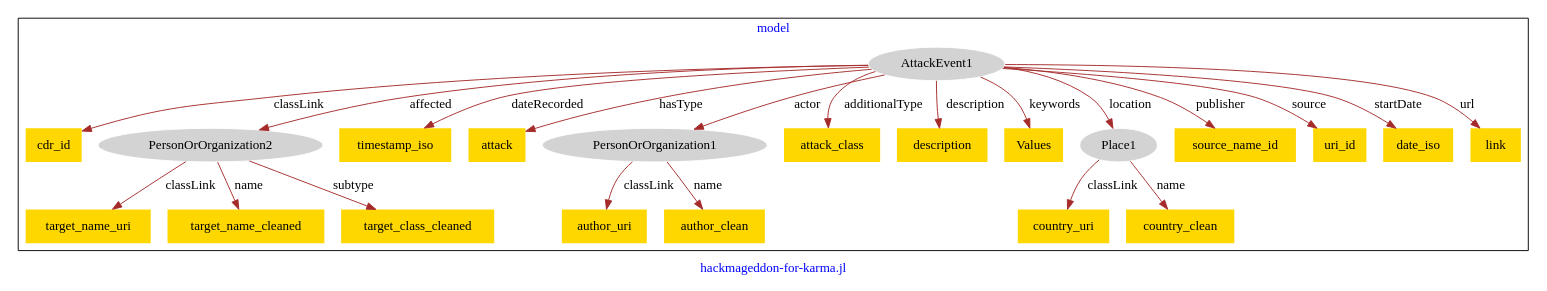
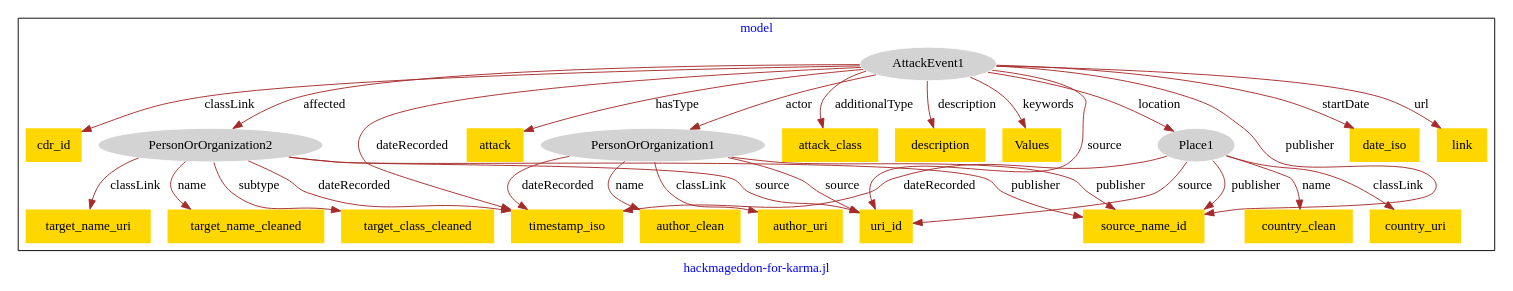
One commit to usc-isi-i2/effect-alignment changed the diagram in models/hackmageddon/hackmageddon-model.dot. Above: the diagram before and after it, drawn with Graphviz.

Commit message:
Update file hackmageddon-model.dot

```diff
--- a/models/hackmageddon/hackmageddon-model.dot
+++ b/models/hackmageddon/hackmageddon-model.dot
@@ -1,49 +1,58 @@
 digraph n0 {
 fontcolor="blue"
 remincross="true"
 label="hackmageddon-for-karma.jl"
 subgraph cluster {
 label="model"
 n2[style="filled",color="white",fillcolor="lightgray",label="AttackEvent1"];
 n3[shape="plaintext",style="filled",fillcolor="gold",label="cdr_id"];
 n4[style="filled",color="white",fillcolor="lightgray",label="PersonOrOrganization2"];
 n5[shape="plaintext",style="filled",fillcolor="gold",label="timestamp_iso"];
 n6[shape="plaintext",style="filled",fillcolor="gold",label="attack"];
 n7[style="filled",color="white",fillcolor="lightgray",label="PersonOrOrganization1"];
 n8[shape="plaintext",style="filled",fillcolor="gold",label="attack_class"];
 n9[shape="plaintext",style="filled",fillcolor="gold",label="description"];
 n10[shape="plaintext",style="filled",fillcolor="gold",label="Values"];
 n11[style="filled",color="white",fillcolor="lightgray",label="Place1"];
 n12[shape="plaintext",style="filled",fillcolor="gold",label="source_name_id"];
 n13[shape="plaintext",style="filled",fillcolor="gold",label="uri_id"];
 n14[shape="plaintext",style="filled",fillcolor="gold",label="date_iso"];
 n15[shape="plaintext",style="filled",fillcolor="gold",label="link"];
 n16[shape="plaintext",style="filled",fillcolor="gold",label="author_uri"];
 n17[shape="plaintext",style="filled",fillcolor="gold",label="author_clean"];
 n18[shape="plaintext",style="filled",fillcolor="gold",label="target_name_uri"];
 n19[shape="plaintext",style="filled",fillcolor="gold",label="target_name_cleaned"];
 n20[shape="plaintext",style="filled",fillcolor="gold",label="target_class_cleaned"];
 n21[shape="plaintext",style="filled",fillcolor="gold",label="country_uri"];
 n22[shape="plaintext",style="filled",fillcolor="gold",label="country_clean"];
 }
 n2 -> n3[color="brown",fontcolor="black",label="classLink"]
 n2 -> n4[color="brown",fontcolor="black",label="affected"]
 n2 -> n5[color="brown",fontcolor="black",label="dateRecorded"]
 n2 -> n6[color="brown",fontcolor="black",label="hasType"]
 n2 -> n7[color="brown",fontcolor="black",label="actor"]
 n2 -> n8[color="brown",fontcolor="black",label="additionalType"]
 n2 -> n9[color="brown",fontcolor="black",label="description"]
 n2 -> n10[color="brown",fontcolor="black",label="keywords"]
 n2 -> n11[color="brown",fontcolor="black",label="location"]
 n2 -> n12[color="brown",fontcolor="black",label="publisher"]
 n2 -> n13[color="brown",fontcolor="black",label="source"]
 n2 -> n14[color="brown",fontcolor="black",label="startDate"]
 n2 -> n15[color="brown",fontcolor="black",label="url"]
 n7 -> n16[color="brown",fontcolor="black",label="classLink"]
 n7 -> n17[color="brown",fontcolor="black",label="name"]
 n4 -> n18[color="brown",fontcolor="black",label="classLink"]
 n4 -> n19[color="brown",fontcolor="black",label="name"]
 n4 -> n20[color="brown",fontcolor="black",label="subtype"]
 n11 -> n21[color="brown",fontcolor="black",label="classLink"]
 n11 -> n22[color="brown",fontcolor="black",label="name"]
+n7 -> n5[color="brown",fontcolor="black",label="dateRecorded"]
+n11 -> n13[color="brown",fontcolor="black",label="source"]
+n4 -> n12[color="brown",fontcolor="black",label="publisher"]
+n7 -> n12[color="brown",fontcolor="black",label="publisher"]
+n11 -> n5[color="brown",fontcolor="black",label="dateRecorded"]
+n4 -> n5[color="brown",fontcolor="black",label="dateRecorded"]
+n4 -> n13[color="brown",fontcolor="black",label="source"]
+n11 -> n12[color="brown",fontcolor="black",label="publisher"]
+n7 -> n13[color="brown",fontcolor="black",label="source"]
 }
```
